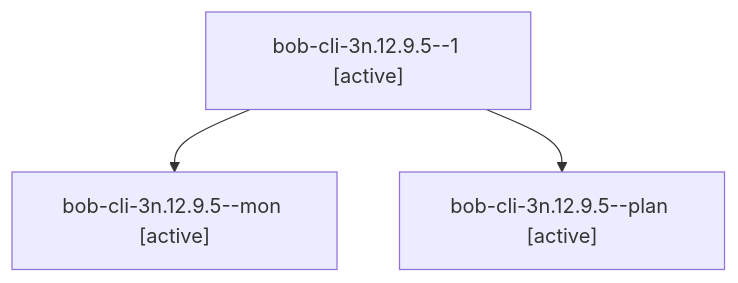
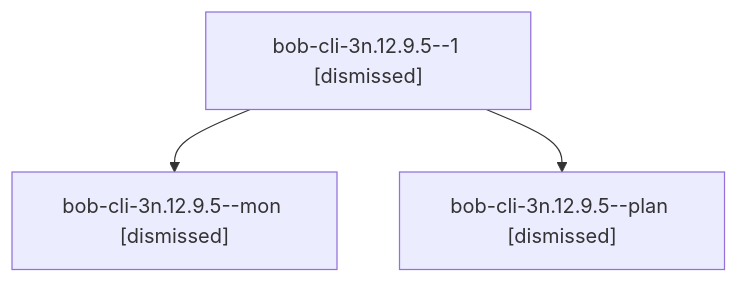
The diagram in sessions/bbugyi200.athena.bob-cli-3n.12.9.5.md (bobs-org/bob-cli--agents), drawn with Mermaid before and after one commit. The commit also changed other lines of this file and 103 other files, not shown here.

````diff
--- a/sessions/bbugyi200.athena.bob-cli-3n.12.9.5.md
+++ b/sessions/bbugyi200.athena.bob-cli-3n.12.9.5.md
@@ -9,8 +9,8 @@
 ```mermaid
 flowchart TD
-  n0["bob-cli-3n.12.9.5--1 [active]"]
-  n1["bob-cli-3n.12.9.5--mon [active]"]
+  n0["bob-cli-3n.12.9.5--1 [dismissed]"]
+  n1["bob-cli-3n.12.9.5--mon [dismissed]"]
   n0 --> n1
-  n2["bob-cli-3n.12.9.5--plan [active]"]
+  n2["bob-cli-3n.12.9.5--plan [dismissed]"]
   n0 --> n2
 ```
````
